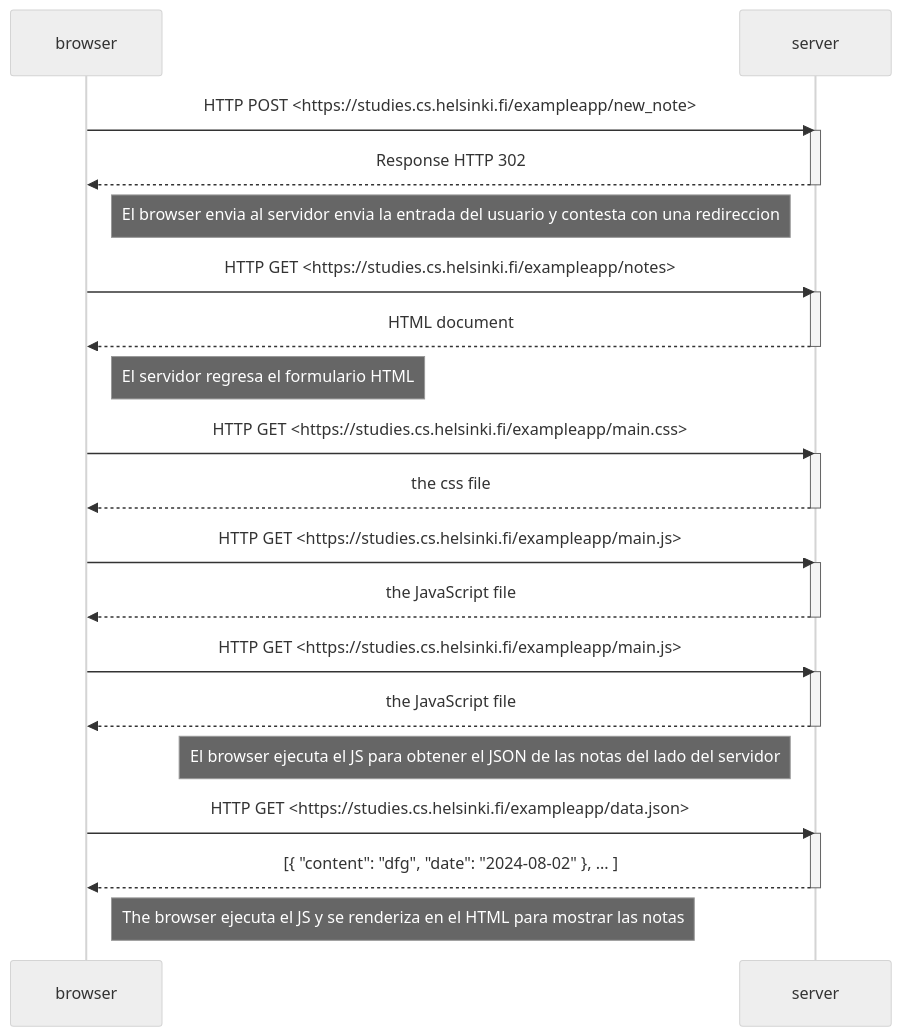
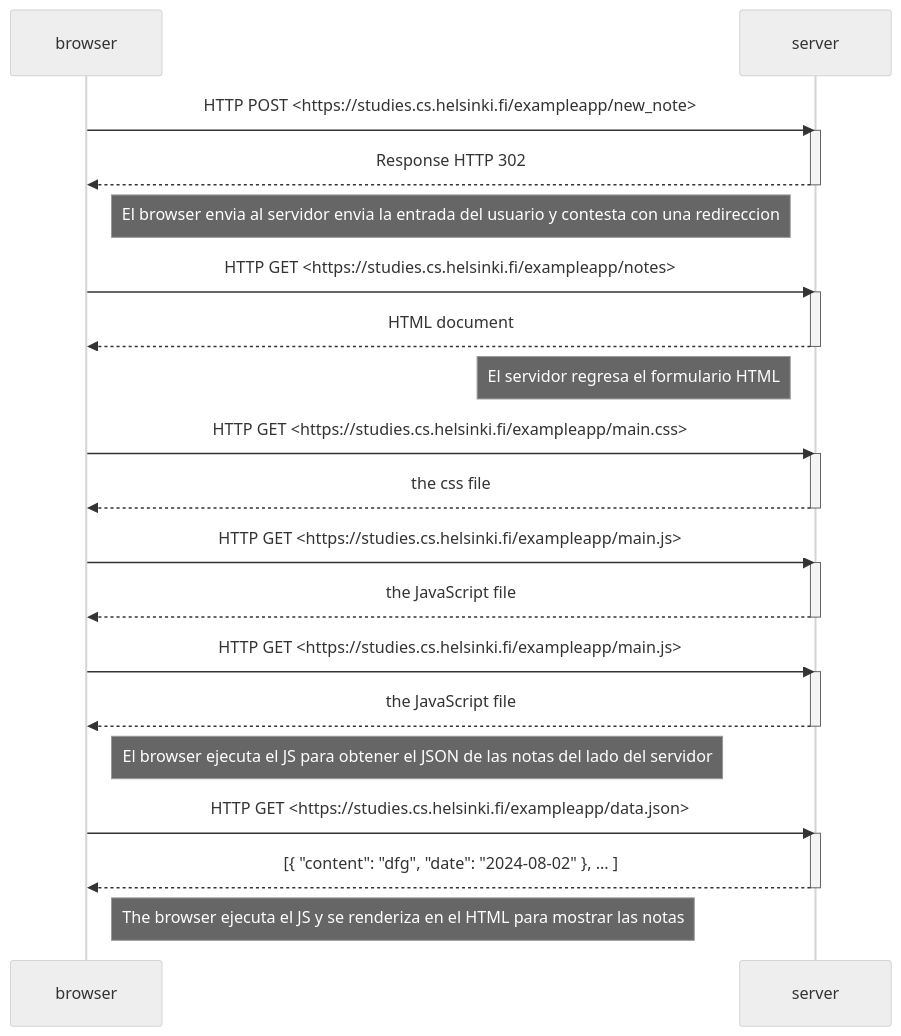
Before and after one commit to sirknio/exerc_hels_0: the diagram in README.md, drawn with Mermaid (neutral theme).

Commit message:
nuevo cambio

````diff
--- a/README.md
+++ b/README.md
@@ -6,47 +6,47 @@
 ```mermaid
 
 sequenceDiagram
     participant browser
     participant server
 
     browser->>server: HTTP POST <https://studies.cs.helsinki.fi/exampleapp/new_note>
     activate server
     server-->>browser: Response HTTP 302
     deactivate server
 
     Note right of browser: El browser envia al servidor envia la entrada del usuario y contesta con una redireccion
 
     browser->>server: HTTP GET <https://studies.cs.helsinki.fi/exampleapp/notes>
     activate server
     server-->>browser: HTML document
     deactivate server
 
-    Note right of browser: El servidor regresa el formulario HTML
+    Note left of server: El servidor regresa el formulario HTML
 
     browser->>server: HTTP GET <https://studies.cs.helsinki.fi/exampleapp/main.css>
     activate server
     server-->>browser: the css file
     deactivate server
 
     browser->>server: HTTP GET <https://studies.cs.helsinki.fi/exampleapp/main.js>
     activate server
     server-->>browser: the JavaScript file
     deactivate server
 
     browser->>server: HTTP GET <https://studies.cs.helsinki.fi/exampleapp/main.js>
     activate server
     server-->>browser: the JavaScript file
     deactivate server
 
-    Note left of server: El browser ejecuta el JS para obtener el JSON de las notas del lado del servidor
+    Note right of browser: El browser ejecuta el JS para obtener el JSON de las notas del lado del servidor
 
 
     browser->>server: HTTP GET <https://studies.cs.helsinki.fi/exampleapp/data.json>
     activate server
     server-->>browser: [{ "content": "dfg", "date": "2024-08-02" }, ... ]
     deactivate server
 
     Note right of browser: The browser ejecuta el JS y se renderiza en el HTML para mostrar las notas
 
 
 ```
````
